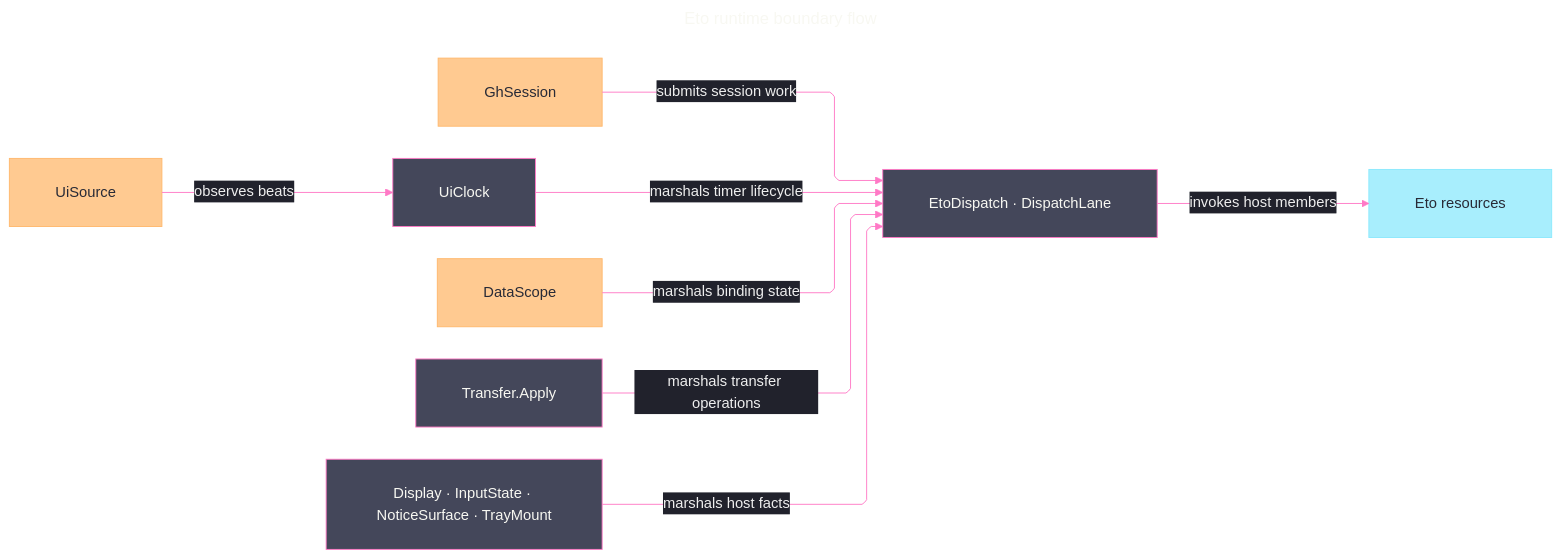
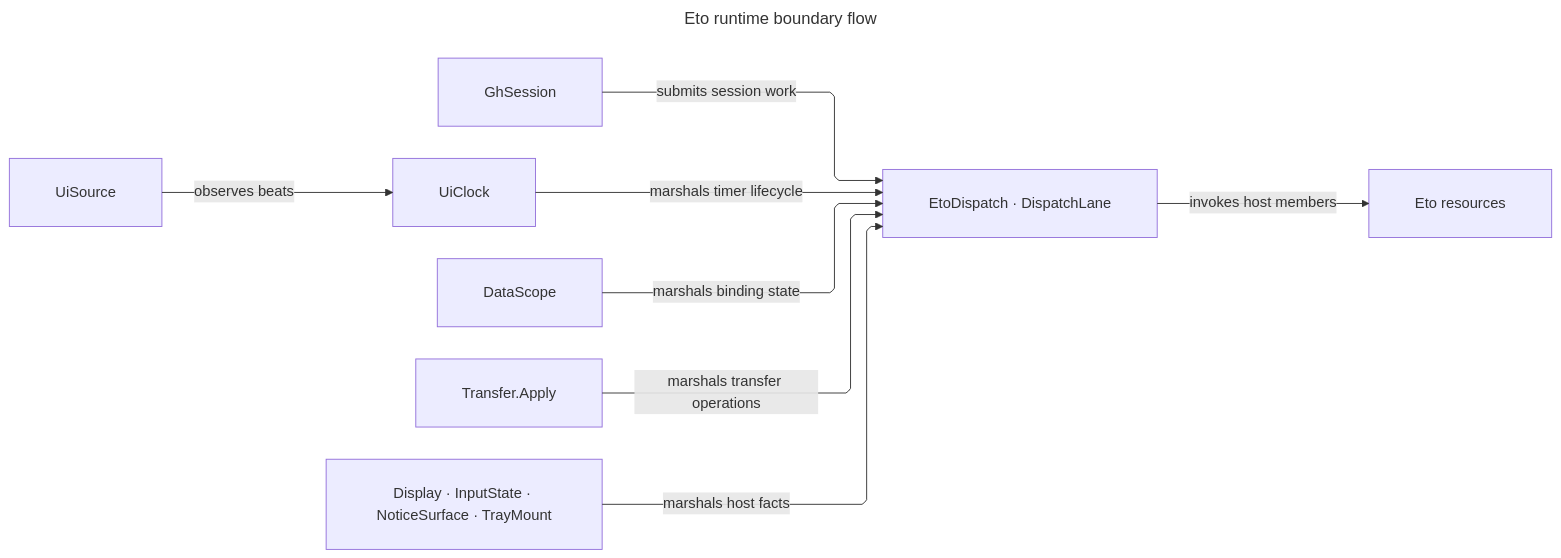
One commit to bsamiee/Rasm changed the diagram in libs/csharp/Rasm.Grasshopper/.planning/Eto/runtime.md. Above: the diagram before and after it, drawn with Mermaid. The commit also changed other lines of this file and 293 other files, not shown here.

````diff
--- a/libs/csharp/Rasm.Grasshopper/.planning/Eto/runtime.md
+++ b/libs/csharp/Rasm.Grasshopper/.planning/Eto/runtime.md
@@ -756,50 +756,27 @@
 ```mermaid
 ---
 title: Eto runtime boundary flow
 config:
-  theme: base
-  look: classic
   layout: elk
   htmlLabels: true
   markdownAutoWrap: false
   deterministicIds: true
   elk:
     nodePlacementStrategy: NETWORK_SIMPLEX
     considerModelOrder: NODES_AND_EDGES
   flowchart:
     curve: linear
     defaultRenderer: elk
     padding: 25
-  themeVariables:
-    darkMode: true
-    fontFamily: "SF Mono, Menlo, Cascadia Mono, Segoe UI Mono, Consolas, monospace"
-    useGradient: false
-    dropShadow: "none"
-    background: "#282A36"
-    mainBkg: "#44475A"
-    nodeBorder: "#BD93F9"
-    lineColor: "#FF79C6"
-    arrowheadColor: "#FF79C6"
-    textColor: "#F8F8F2"
-    titleColor: "#D6BCFA"
-    edgeLabelBackground: "#21222C"
-    labelBackgroundColor: "#21222C"
-  themeCSS: ".nodeLabel{font-size:13px;font-weight:500}.edgeLabel{font-size:12px;font-weight:500}.cluster-label .nodeLabel{font-size:13.5px;font-weight:700;letter-spacing:.08em}.edge-thickness-normal{stroke-width:2px}.edge-thickness-thick{stroke-width:3px}.edge-pattern-dashed,.edge-pattern-dotted{stroke-width:1.5px;stroke-dasharray:4 6}.node rect,.node circle,.node polygon,.node path,.node .outer-path{stroke-width:1.5px;filter:none!important}.cluster rect{stroke-width:1px!important;stroke-dasharray:5 4!important;filter:none!important}.marker path{transform:scale(.8);transform-origin:5px 5px}.marker circle{transform:scale(.48);transform-origin:5px 5px}.edgeLabel rect{transform-box:fill-box;transform-origin:center;transform:scale(1.1,1.2)}"
 ---
 flowchart LR
   accTitle: Eto runtime boundary flow
   accDescr: Session, clock, transfer, binding, and host-fact operations converge on one dispatcher before reaching Eto resources.
   Session["GhSession"] -->|"submits session work"| Dispatch["EtoDispatch · DispatchLane"]
   Events["UiSource"] -->|"observes beats"| Clock["UiClock"]
   Clock -->|"marshals timer lifecycle"| Dispatch
   Binding["DataScope"] -->|"marshals binding state"| Dispatch
   TransferGate["Transfer.Apply"] -->|"marshals transfer operations"| Dispatch
   Facts["Display · InputState · NoticeSurface · TrayMount"] -->|"marshals host facts"| Dispatch
   Dispatch -->|"invokes host members"| Host["Eto resources"]
-  classDef primary fill:#44475A,stroke:#FF79C6,color:#F8F8F2
-  classDef data fill:#FFB86CBF,stroke:#FFB86C,color:#282A36
-  classDef external fill:#8BE9FDBF,stroke:#8BE9FD,color:#282A36
-  class Session,Events,Binding data
-  class Clock,TransferGate,Facts,Dispatch primary
-  class Host external
 ```
````
